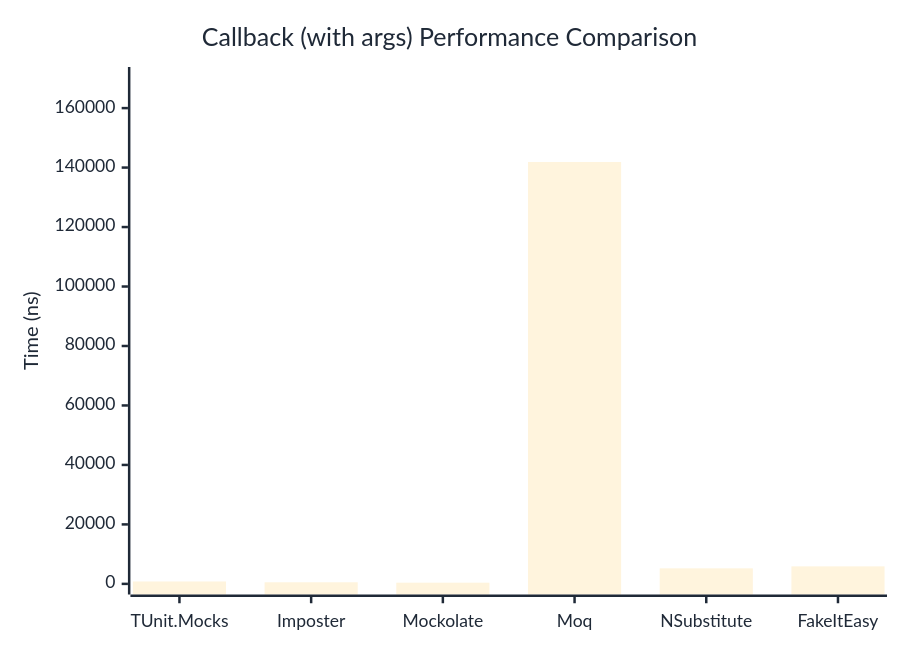
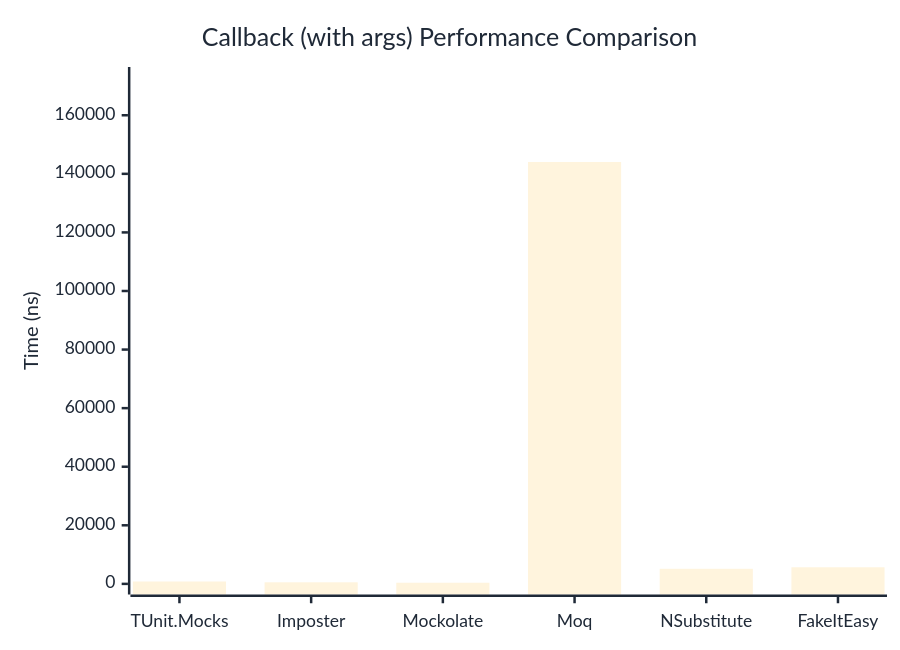
Before and after one commit to thomhurst/TUnit: the second of 2 diagrams in docs/docs/benchmarks/mocks/Callback.md, drawn with Mermaid. The commit also changed other lines of this file and 14 other files, not shown here.

````diff
--- a/docs/docs/benchmarks/mocks/Callback.md
+++ b/docs/docs/benchmarks/mocks/Callback.md
@@ -71,27 +71,27 @@
 ```mermaid
 %%{init: {
   'theme':'base',
   'themeVariables': {
     'primaryColor': '#2563eb',
     'primaryTextColor': '#1f2937',
     'primaryBorderColor': '#1e40af',
     'lineColor': '#6b7280',
     'secondaryColor': '#7c3aed',
     'tertiaryColor': '#dc2626',
     'background': '#ffffff',
     'pie1': '#2563eb',
     'pie2': '#7c3aed',
     'pie3': '#dc2626',
     'pie4': '#f59e0b',
     'pie5': '#10b981',
     'pie6': '#06b6d4',
     'pie7': '#ec4899',
     'pie8': '#6366f1'
   }
 }}%%
 xychart-beta
   title "Callback (with args) Performance Comparison"
   x-axis ["TUnit.Mocks", "Imposter", "Mockolate", "Moq", "NSubstitute", "FakeItEasy"]
-  y-axis "Time (ns)" 0 --> 170249
-  bar [802.6, 538.3, 401.3, 141873.7, 5224.2, 5889.5]
+  y-axis "Time (ns)" 0 --> 172850
+  bar [812.3, 534.4, 391.2, 144041, 5154.5, 5663.1]
 ```
````
